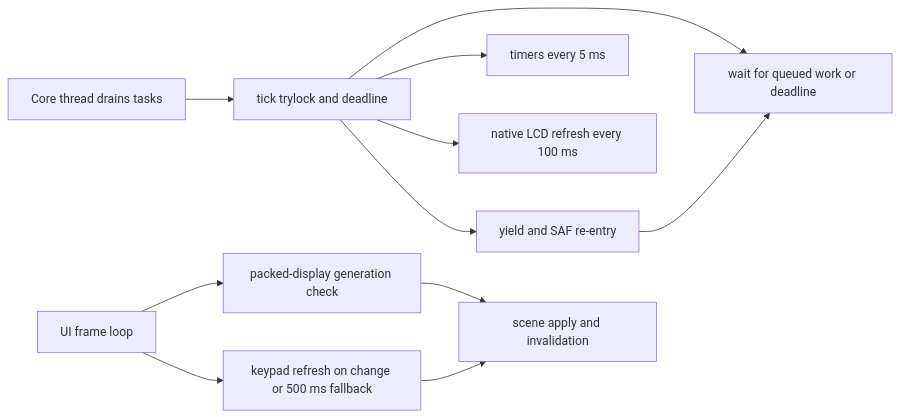
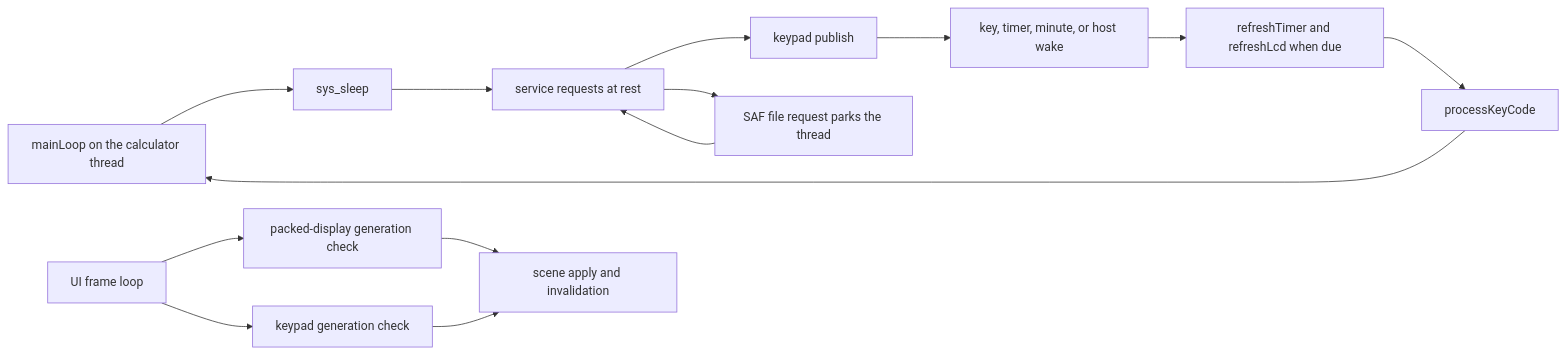
The diagram in android/docs/dev/06-runtime-hot-paths.md (ppigazzini/r47zen), drawn with Mermaid before and after one commit. The commit also changed other lines of this file and 132 other files, not shown here.

First line of the commit message:
feat(core): run upstream's main loop on a calculator thread

````diff
--- a/android/docs/dev/06-runtime-hot-paths.md
+++ b/android/docs/dev/06-runtime-hot-paths.md
@@ -27,20 +29,20 @@
 ```mermaid
 flowchart LR
-  A[Core thread drains tasks]
-  B[tick trylock and deadline]
-  C[wait for queued work or deadline]
-  D[timers every 5 ms]
-  E[native LCD refresh every 100 ms]
-  F[UI frame loop]
-  G[packed-display generation check]
-  H[keypad refresh on change or 500 ms fallback]
-  I[scene apply and invalidation]
-  J[yield and SAF re-entry]
+  A[mainLoop on the calculator thread]
+  B[sys_sleep]
+  C[service requests at rest]
+  D[keypad publish]
+  E[key, timer, minute, or host wake]
+  F[refreshTimer and refreshLcd when due]
+  G[processKeyCode]
+  H[UI frame loop]
+  I[packed-display generation check]
+  J[keypad generation check]
+  K[scene apply and invalidation]
+  L[SAF file request parks the thread]
 
-  A --> B --> C
-  B --> D
-  B --> E
-  F --> G --> I
-  F --> H --> I
-  B --> J --> C
+  A --> B --> C --> D --> E --> F --> G --> A
+  C --> L --> C
+  H --> I --> K
+  H --> J --> K
 ```
````
